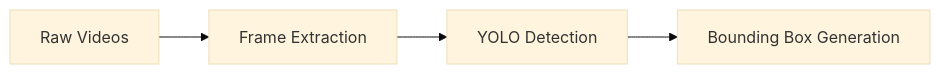
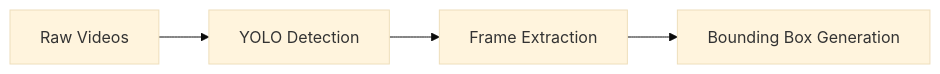
Before and after one commit to EdwinDavid98/Automated-Detection-and-Classification-of-Wildlife-in-the-Choc-Forest-Canand-using-Camera-Traps: the first of 2 diagrams in README.md, drawn with Mermaid (base theme). The commit also changed other lines of this file, not shown here.

````diff
--- a/README.md
+++ b/README.md
@@ -31,6 +31,6 @@
 ```mermaid
 graph LR
-   A[Raw Videos] --> B[Frame Extraction]
-   B --> C[YOLO Detection]
+   A[Raw Videos] --> B[YOLO Detection]
+   B --> C[Frame Extraction]
    C --> D[Bounding Box Generation]
 ```
````
